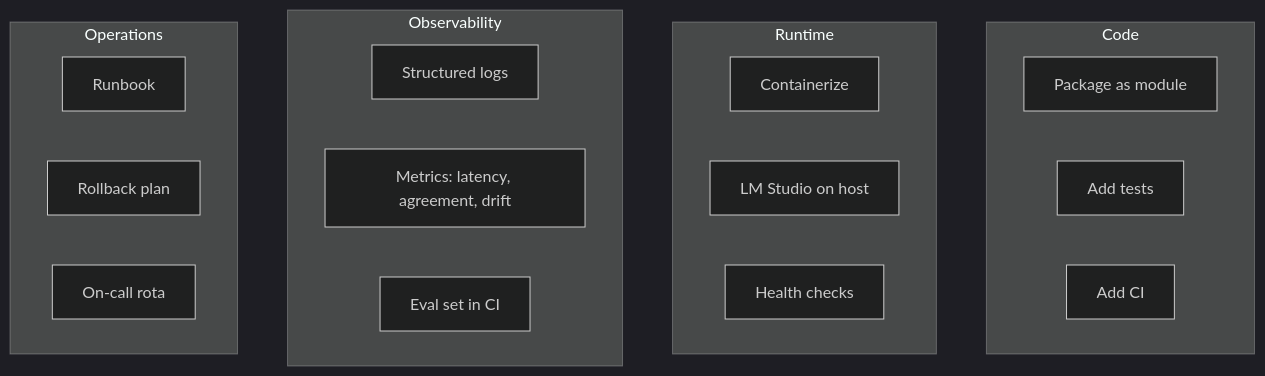
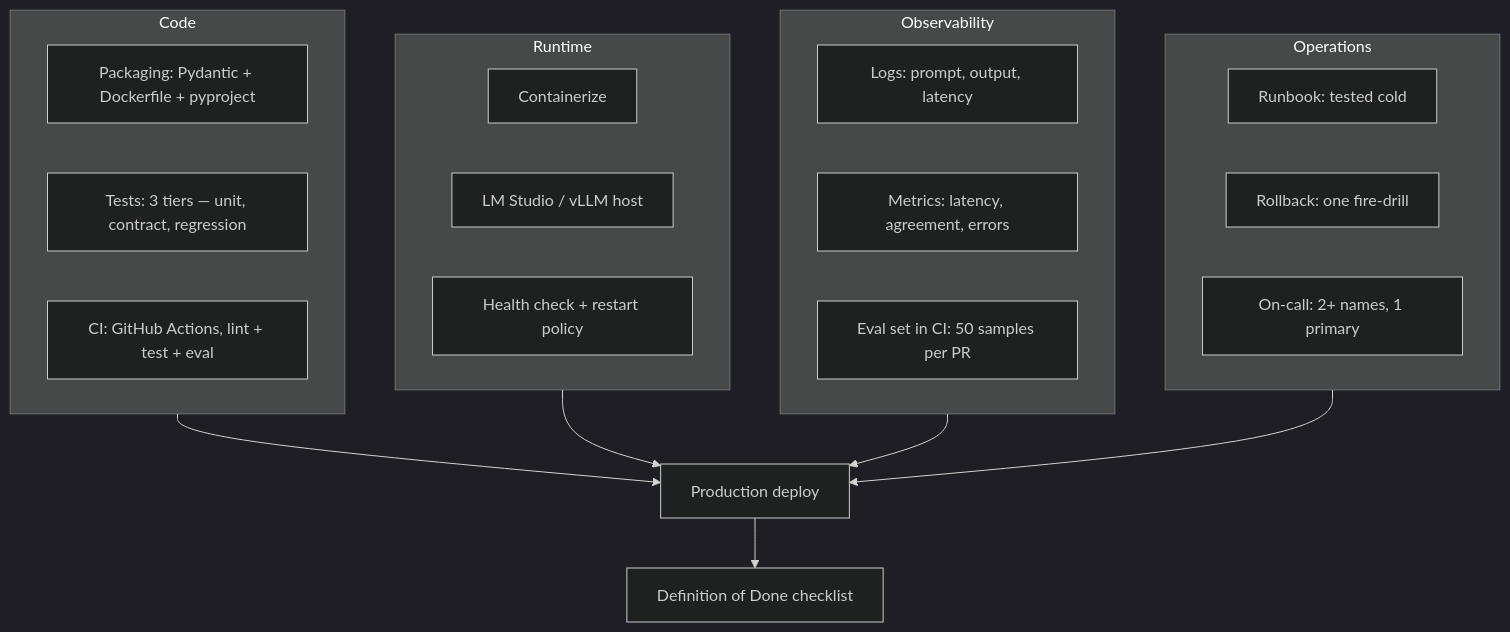
Before and after one commit to aiwithr/ai_llm: the diagram in docs/adoption/build.md, drawn with Mermaid (dark theme). The commit also changed other lines of this file and 1 other file, not shown here.

Commit message:
Expand build.md (English + Bangla): detail 4 workstreams, packaging, tests, runtime, observability, ops

````diff
--- a/docs/adoption/build.md
+++ b/docs/adoption/build.md
@@ -11,23 +11,32 @@
 ```mermaid
 flowchart TB
-    subgraph "Code"
-        C1[Package as module]
-        C2[Add tests]
-        C3[Add CI]
+    subgraph Code["Code"]
+        C1[Packaging: Pydantic + Dockerfile + pyproject]
+        C2[Tests: 3 tiers — unit, contract, regression]
+        C3[CI: GitHub Actions, lint + test + eval]
     end
-    subgraph "Runtime"
+
+    subgraph Runtime["Runtime"]
         R1[Containerize]
-        R2[LM Studio on host]
-        R3[Health checks]
+        R2[LM Studio / vLLM host]
+        R3[Health check + restart policy]
     end
-    subgraph "Observability"
-        O1[Structured logs]
-        O2[Metrics: latency, agreement, drift]
-        O3[Eval set in CI]
+
+    subgraph Observability["Observability"]
+        O1[Logs: prompt, output, latency]
+        O2[Metrics: latency, agreement, errors]
+        O3[Eval set in CI: 50 samples per PR]
     end
-    subgraph "Operations"
-        P1[Runbook]
-        P2[Rollback plan]
-        P3[On-call rota]
+
+    subgraph Operations["Operations"]
+        P1[Runbook: tested cold]
+        P2[Rollback: one fire-drill]
+        P3[On-call: 2+ names, 1 primary]
     end
+
+    Code --> Deploy[Production deploy]
+    Runtime --> Deploy
+    Observability --> Deploy
+    Operations --> Deploy
+    Deploy --> Verify[Definition of Done checklist]
 ```
````
